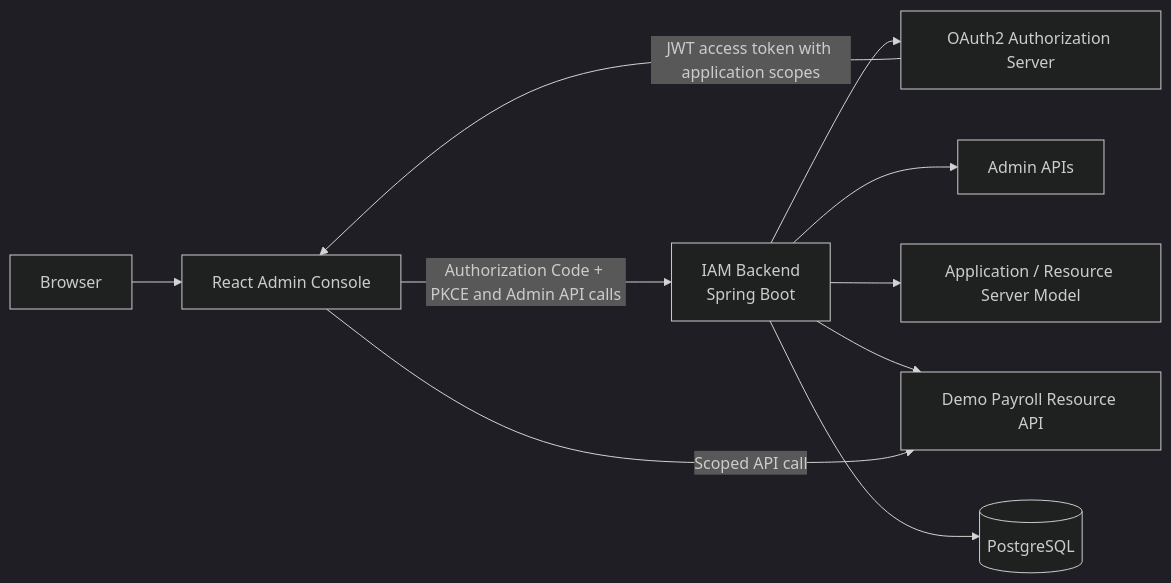
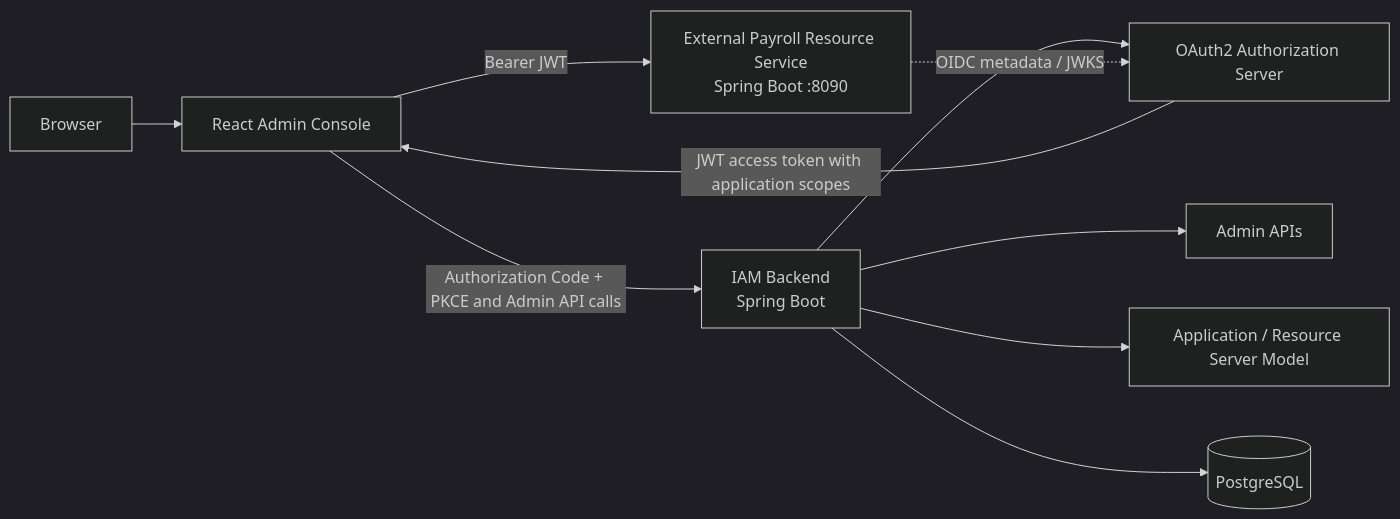
Before and after one commit to doubletree0657/identityforge: the first of 2 diagrams in README.md, drawn with Mermaid (dark theme). The commit also changed other lines of this file and 21 other files, not shown here.

Commit message:
feat: add external OAuth2 resource server demo

````diff
--- a/README.md
+++ b/README.md
@@ -143,21 +147,21 @@
 ```mermaid
 flowchart LR
     Browser[Browser]
     Console[React Admin Console]
     Backend[IAM Backend<br/>Spring Boot]
     Auth[OAuth2 Authorization Server]
     Admin[Admin APIs]
     Model[Application / Resource Server Model]
-    Payroll[Demo Payroll Resource API]
+    Payroll[External Payroll Resource Service<br/>Spring Boot :8090]
     DB[(PostgreSQL)]
 
     Browser --> Console
     Console -->|Authorization Code + PKCE and Admin API calls| Backend
     Backend --> Auth
     Backend --> Admin
     Backend --> Model
-    Backend --> Payroll
     Backend --> DB
     Auth -->|JWT access token with application scopes| Console
-    Console -->|Scoped API call| Payroll
+    Console -->|Bearer JWT| Payroll
+    Payroll -.->|OIDC metadata / JWKS| Auth
 ```
````
